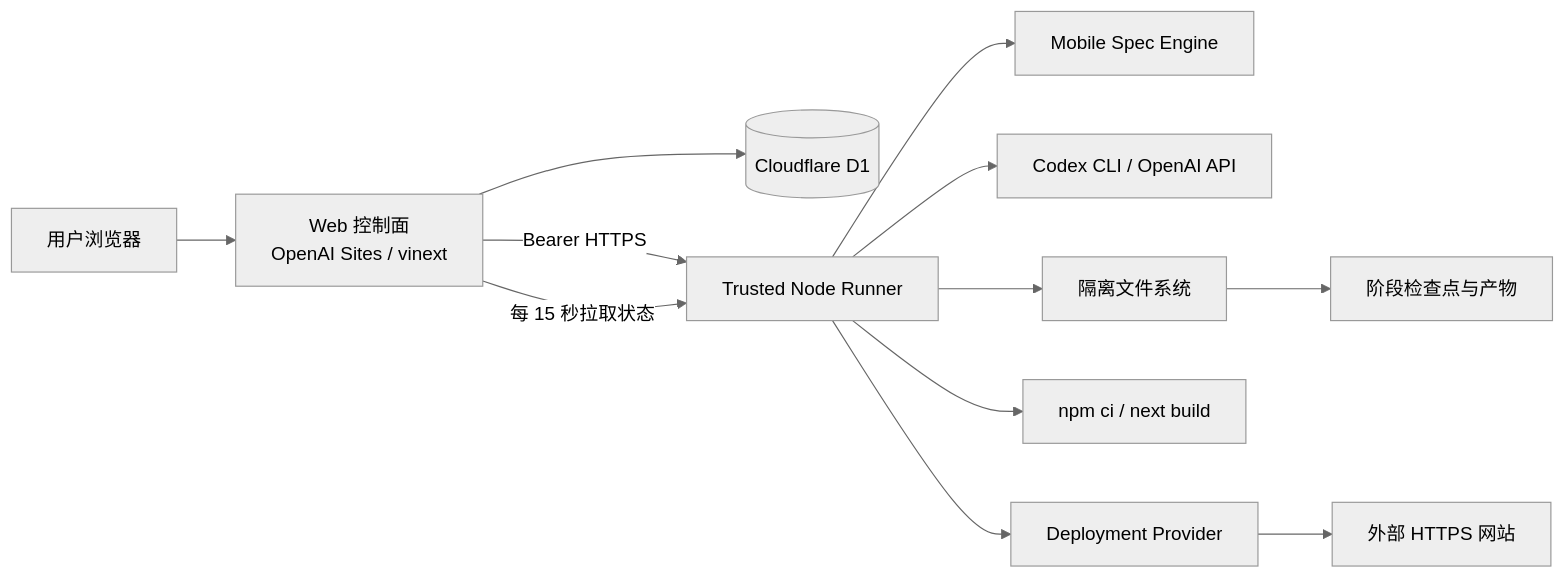
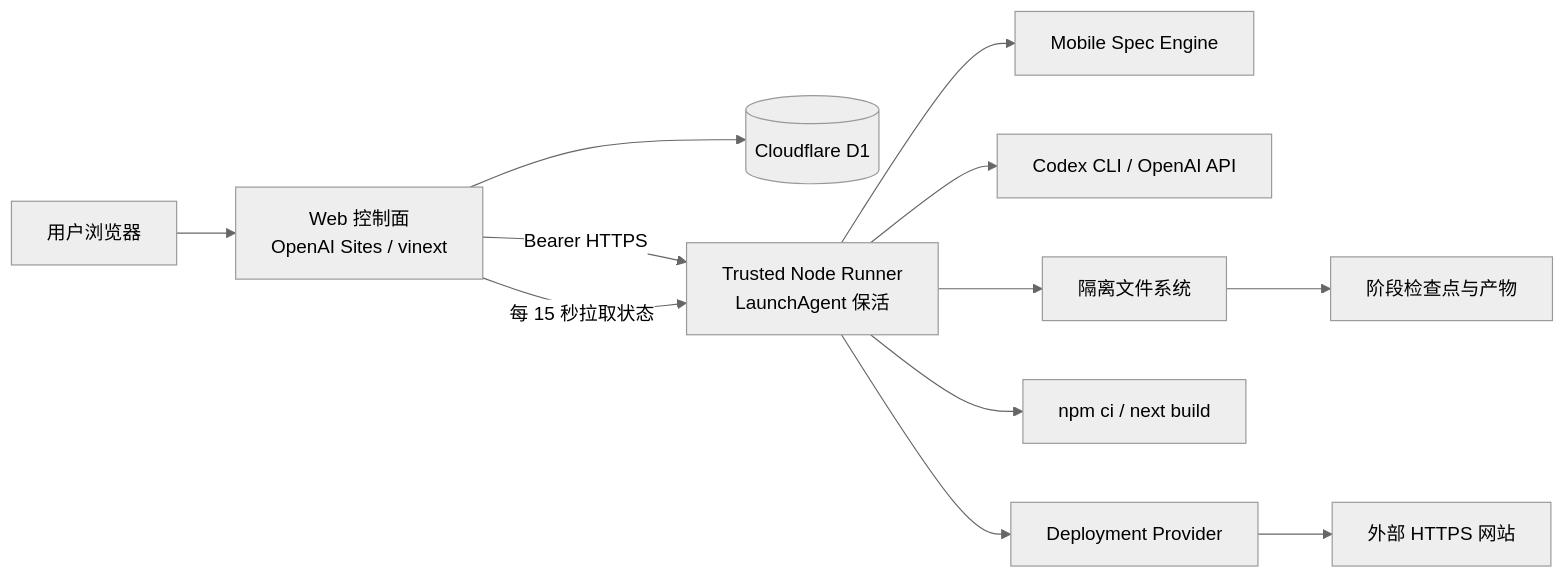
The second of 3 diagrams in docs/SiteForge AI 项目介绍.md (JonasQiu/mobile-app-build), drawn with Mermaid (neutral theme) before and after one commit. The commit also changed other lines of this file and 4 other files, not shown here.

````diff
--- a/docs/SiteForge AI 项目介绍.md
+++ b/docs/SiteForge AI 项目介绍.md
@@ -108,14 +109,14 @@
 ```mermaid
 flowchart LR
   U[用户浏览器] --> W[Web 控制面<br/>OpenAI Sites / vinext]
   W --> D[(Cloudflare D1)]
-  W -->|Bearer HTTPS| R[Trusted Node Runner]
+  W -->|Bearer HTTPS| R[Trusted Node Runner<br/>LaunchAgent 保活]
   R --> M[Mobile Spec Engine]
   R --> C[Codex CLI / OpenAI API]
   R --> F[隔离文件系统]
   F --> K[阶段检查点与产物]
   R --> B[npm ci / next build]
   R --> P[Deployment Provider]
   P --> H[外部 HTTPS 网站]
   W -->|每 15 秒拉取状态| R
 ```
````
